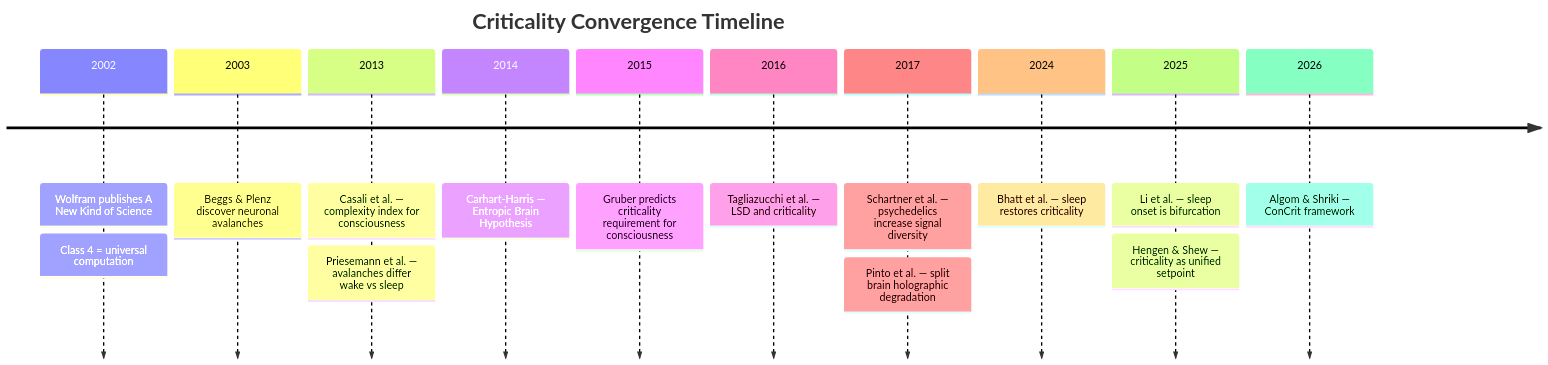
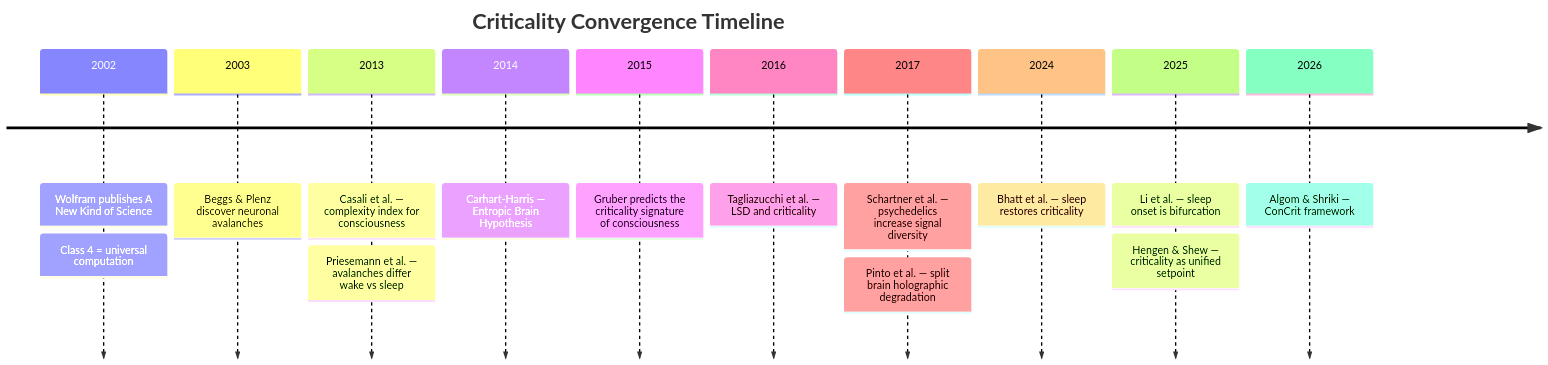
The fourth of 8 diagrams in wiki/reference/key-figures.md (JeltzProstetnic/aIware), drawn with Mermaid before and after one commit. The commit also changed other lines of this file and 61 other files, not shown here.

````diff
--- a/wiki/reference/key-figures.md
+++ b/wiki/reference/key-figures.md
@@ -134,18 +134,18 @@
 ```mermaid
 timeline
     title Criticality Convergence Timeline
     2002 : Wolfram publishes A New Kind of Science
          : Class 4 = universal computation
     2003 : Beggs & Plenz discover neuronal avalanches
     2013 : Casali et al. — complexity index for consciousness
          : Priesemann et al. — avalanches differ wake vs sleep
     2014 : Carhart-Harris — Entropic Brain Hypothesis
-    2015 : Gruber predicts criticality requirement for consciousness
+    2015 : Gruber predicts the criticality signature of consciousness
     2016 : Tagliazucchi et al. — LSD and criticality
     2017 : Schartner et al. — psychedelics increase signal diversity
          : Pinto et al. — split brain holographic degradation
     2024 : Bhatt et al. — sleep restores criticality
     2025 : Li et al. — sleep onset is bifurcation
          : Hengen & Shew — criticality as unified setpoint
     2026 : Algom & Shriki — ConCrit framework
 ```
````
